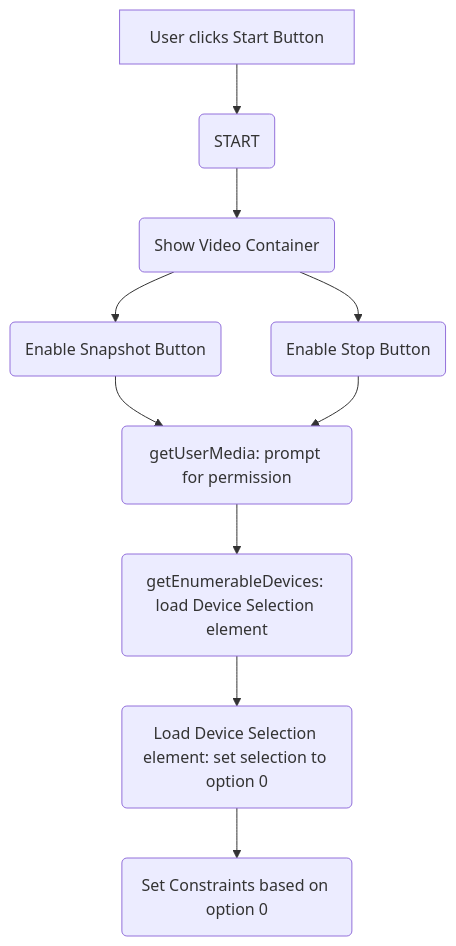
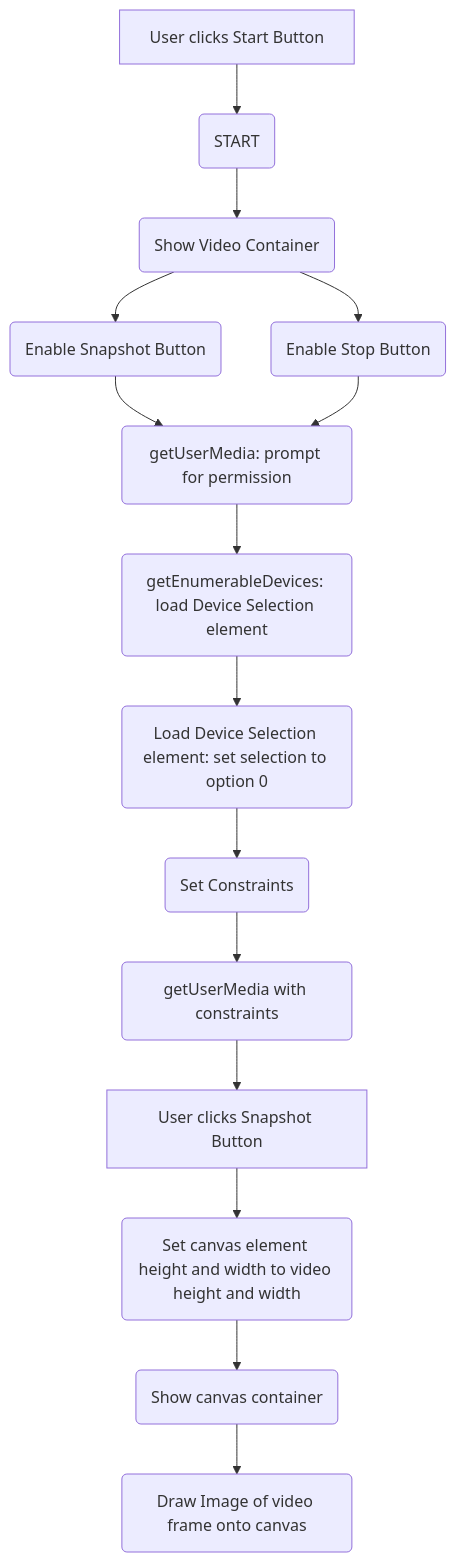
Before and after one commit to rebeccapeltz/webapi-camera: the first of 3 diagrams in README.md, drawn with Mermaid.

Commit message:
more mermaid

````diff
--- a/README.md
+++ b/README.md
@@ -5,13 +5,18 @@
 ```mermaid
 flowchart TD
 
 id0[User clicks Start Button] --> id1(START)
 id1(START) --> id2(Show Video Container)
 id2(Show Video Container) --> id3(Enable Snapshot Button)
 id2(Show Video Container) --> id4(Enable Stop Button)
 id3(Enable Snapshot Button) --> id5(getUserMedia: prompt for permission)
 id4(Enable Stop Button) --> id5(getUserMedia: prompt for permission)
 id5(getUserMedia: prompt for permission) --> id6(getEnumerableDevices: load Device Selection element)
 id6(getEnumerableDevices: load Device Selection element) --> id7(Load Device Selection element: set selection to option 0)
 id7(Load Device Selection element: set selection to option 0) --> id8(Set Constraints based on option 0)
+id8(Set Constraints) --> id9(getUserMedia with constraints)
+id9(getUserMedia with constraints) --> id10[User clicks Snapshot Button]
+id10[User clicks Snapshot Button] --> id11(Set canvas element height and width to video height and width)
+id11(Set canvas element height and width to video height and width) --> id12(Show canvas container)
+id12(Show canvas container) --> id13(Draw Image of video frame onto canvas)
 ```
````
